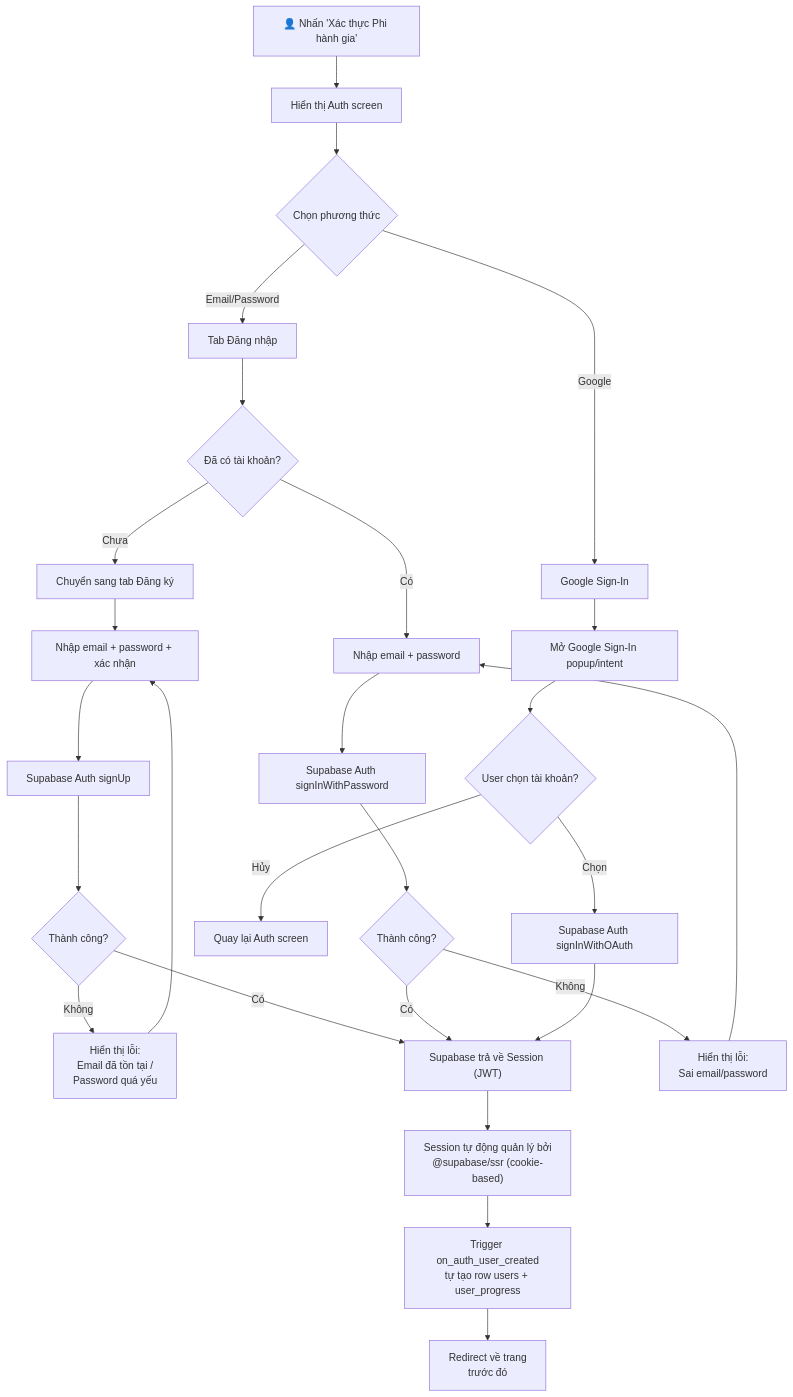
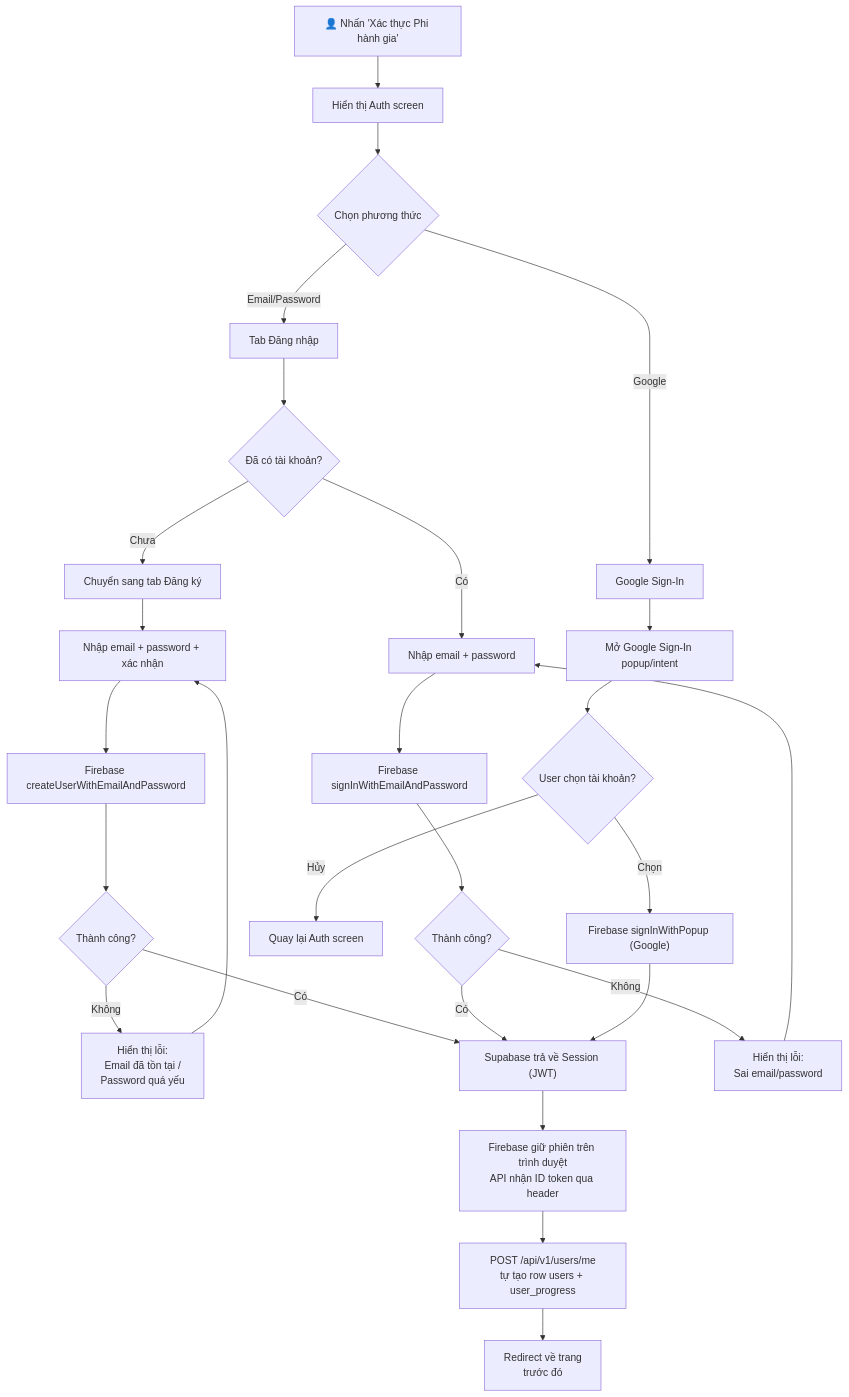
Before and after one commit to iAmHieu2012/Sequoia: the fourth of 5 diagrams in docs/analysis/user-flows.md, drawn with Mermaid. The commit also changed 71 other files, not shown here.

First line of the commit message:
feat(auth): move authentication to Firebase, Supabase stays the database

````diff
--- a/docs/analysis/user-flows.md
+++ b/docs/analysis/user-flows.md
@@ -81,34 +81,34 @@
 ```mermaid
 flowchart TD
     A["👤 Nhấn 'Xác thực Phi hành gia'"] --> B["Hiển thị Auth screen"]
     B --> C{"Chọn phương thức"}
 
     C -->|"Email/Password"| D["Tab Đăng nhập"]
     C -->|"Google"| E["Google Sign-In"]
 
     D --> D1{"Đã có tài khoản?"}
     D1 -->|"Có"| D2["Nhập email + password"]
     D1 -->|"Chưa"| D3["Chuyển sang tab Đăng ký"]
     D3 --> D4["Nhập email + password + xác nhận"]
-    D4 --> D5["Supabase Auth signUp"]
+    D4 --> D5["Firebase createUserWithEmailAndPassword"]
     D5 --> D6{"Thành công?"}
     D6 -->|"Không"| D7["Hiển thị lỗi:<br/>Email đã tồn tại /<br/>Password quá yếu"]
     D7 --> D4
     D6 -->|"Có"| F["Supabase trả về Session (JWT)"]
 
-    D2 --> D8["Supabase Auth signInWithPassword"]
+    D2 --> D8["Firebase signInWithEmailAndPassword"]
     D8 --> D9{"Thành công?"}
     D9 -->|"Không"| D10["Hiển thị lỗi:<br/>Sai email/password"]
     D10 --> D2
     D9 -->|"Có"| F
 
     E --> E1["Mở Google Sign-In popup/intent"]
     E1 --> E2{"User chọn tài khoản?"}
     E2 -->|"Hủy"| E3["Quay lại Auth screen"]
-    E2 -->|"Chọn"| E4["Supabase Auth signInWithOAuth"]
+    E2 -->|"Chọn"| E4["Firebase signInWithPopup (Google)"]
     E4 --> F
 
-    F --> G["Session tự động quản lý bởi<br/>@supabase/ssr (cookie-based)"]
-    G --> H["Trigger on_auth_user_created<br/>tự tạo row users + user_progress"]
+    F --> G["Firebase giữ phiên trên trình duyệt<br/>API nhận ID token qua header"]
+    G --> H["POST /api/v1/users/me<br/>tự tạo row users + user_progress"]
     H --> I["Redirect về trang<br/>trước đó"]
 ```
````
